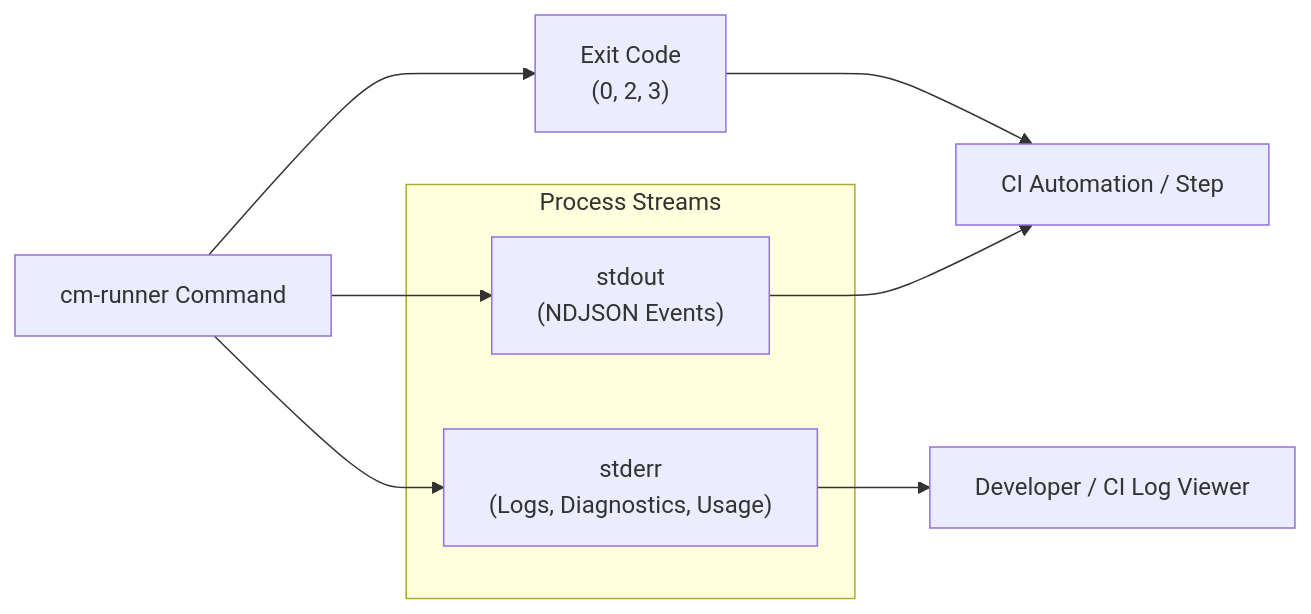
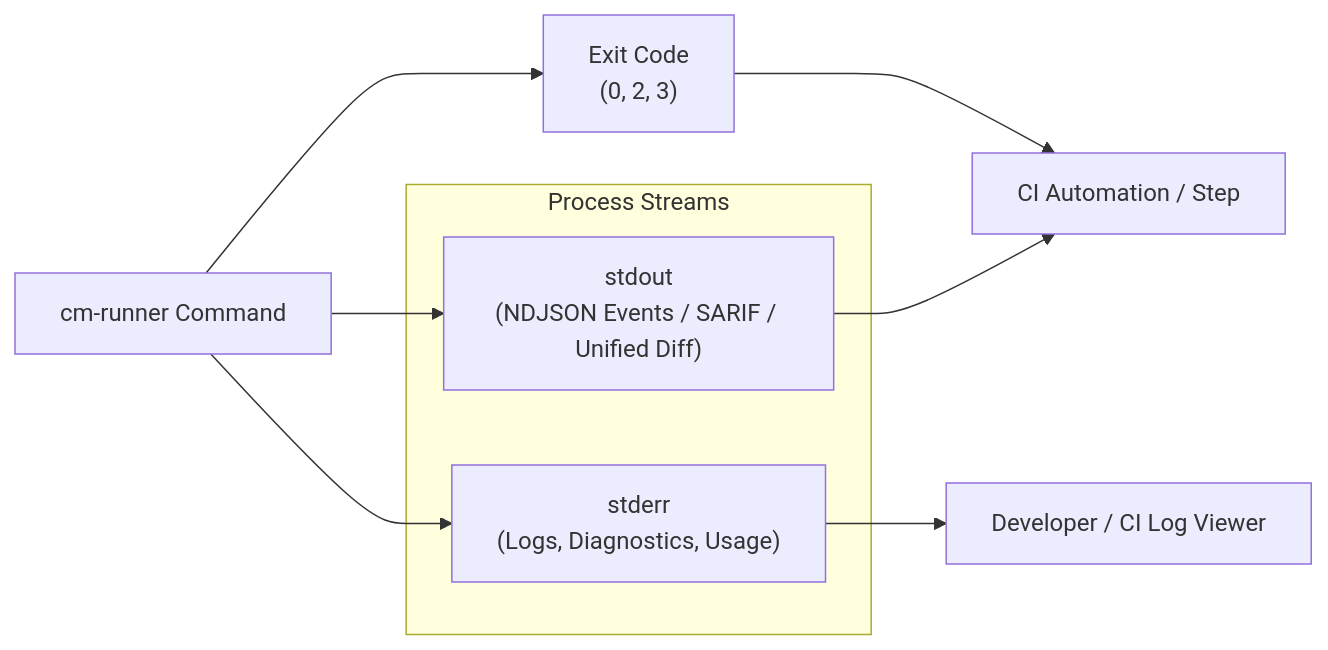
One commit to avnit/codemender-runner-mcp changed the diagram in docs/adr/ADR-0001-machine-readable-output-contract.md. Above: the diagram before and after it, drawn with Mermaid. The commit also changed other lines of this file and 21 other files, not shown here.

````diff
--- a/docs/adr/ADR-0001-machine-readable-output-contract.md
+++ b/docs/adr/ADR-0001-machine-readable-output-contract.md
@@ -120,21 +114,21 @@
 ```mermaid
 flowchart LR
     cmd["cm-runner Command"]
     
     subgraph Streams ["Process Streams"]
-        stdout["stdout\n(NDJSON Events)"]
+        stdout["stdout\n(NDJSON Events / SARIF / Unified Diff)"]
         stderr["stderr\n(Logs, Diagnostics, Usage)"]
     end
     
     exitCode["Exit Code\n(0, 2, 3)"]
     ci["CI Automation / Step"]
     human["Developer / CI Log Viewer"]
 
     cmd --> stdout
     cmd --> stderr
     cmd --> exitCode
 
     stdout --> ci
     exitCode --> ci
     stderr --> human
 ```
````
